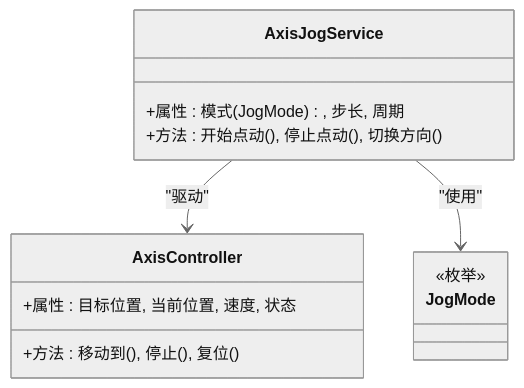
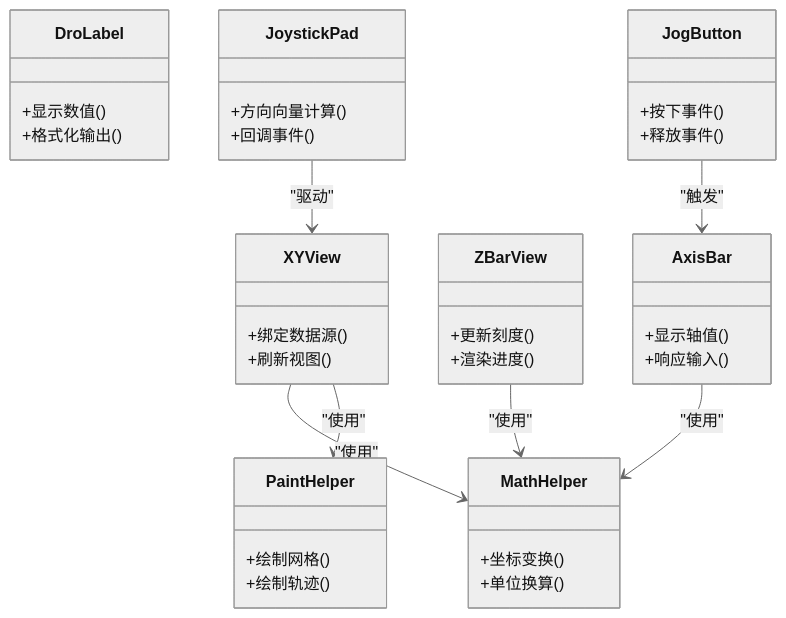
Before and after one commit to fuweiq94-cloud/3399180760: the sixth of 8 diagrams in .qoder/repowiki/zh/content/开发指南.md, drawn with Mermaid (neutral theme). The commit also changed other lines of this file and 94 other files, not shown here.

````diff
--- a/.qoder/repowiki/zh/content/开发指南.md
+++ b/.qoder/repowiki/zh/content/开发指南.md
@@ -221,16 +367,41 @@
 ```mermaid
 classDiagram
-class AxisController {
-+属性 : 目标位置, 当前位置, 速度, 状态
-+方法 : 移动到(), 停止(), 复位()
+class MathHelper {
++坐标变换()
++单位换算()
 }
-class AxisJogService {
-+属性 : 模式(JogMode), 步长, 周期
-+方法 : 开始点动(), 停止点动(), 切换方向()
+class PaintHelper {
++绘制网格()
++绘制轨迹()
 }
-class JogMode {
-<<枚举>>
+class XYView {
++绑定数据源()
++刷新视图()
 }
-AxisJogService --> AxisController : "驱动"
-AxisJogService --> JogMode : "使用"
+class ZBarView {
++更新刻度()
++渲染进度()
+}
+class AxisBar {
++显示轴值()
++响应输入()
+}
+class DroLabel {
++显示数值()
++格式化输出()
+}
+class JogButton {
++按下事件()
++释放事件()
+}
+class JoystickPad {
++方向向量计算()
++回调事件()
+}
+XYView --> MathHelper : "使用"
+XYView --> PaintHelper : "使用"
+ZBarView --> MathHelper : "使用"
+AxisBar --> MathHelper : "使用"
+JogButton --> AxisBar : "触发"
+JoystickPad --> XYView : "驱动"
 ```
````
